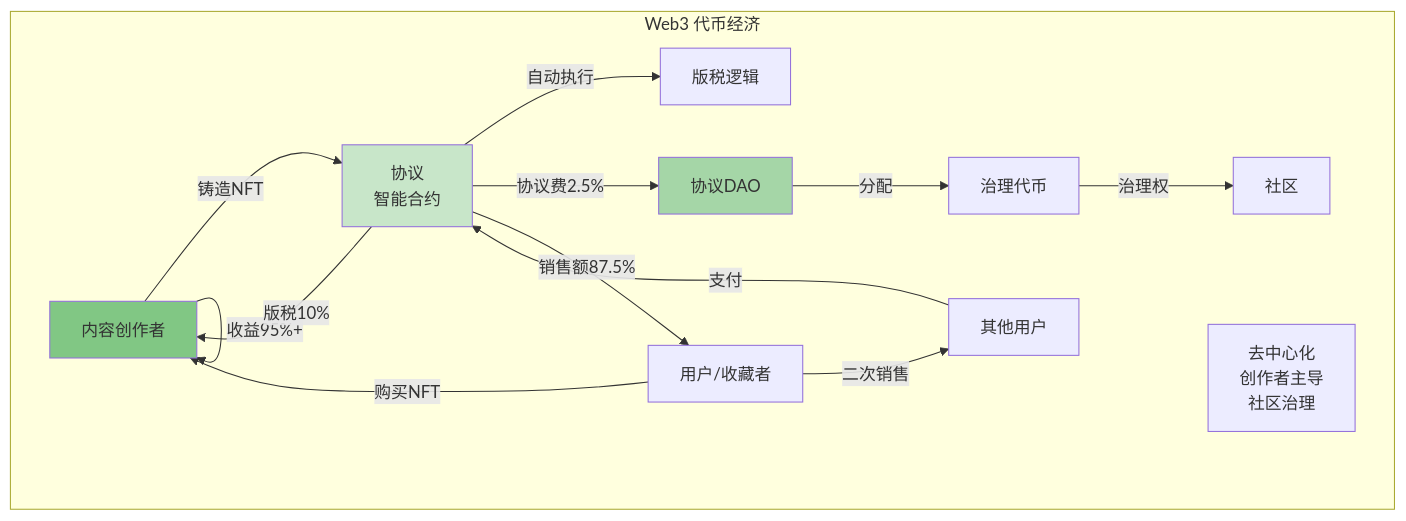
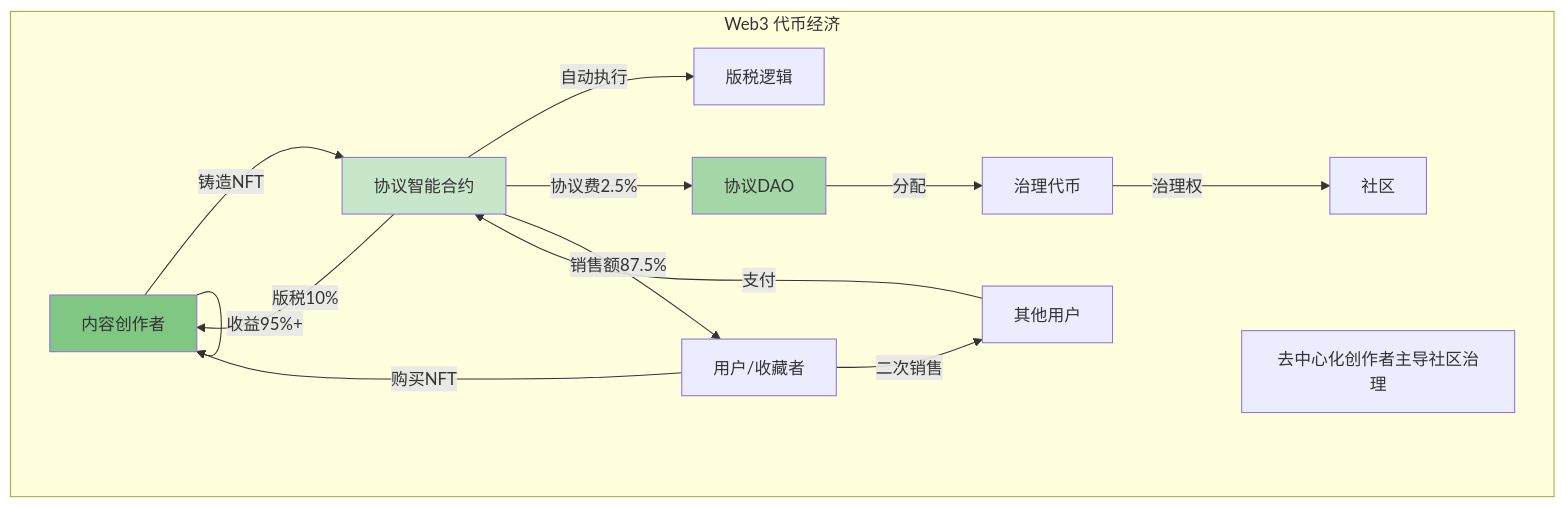
Before and after one commit to liuxing95/blog: diagram 13 of 29 in src/content/posts/web3/web2-vs-web3.md, drawn with Mermaid. The commit also changed other lines of this file and 3 other files, not shown here.

````diff
--- a/src/content/posts/web3/web2-vs-web3.md
+++ b/src/content/posts/web3/web2-vs-web3.md
@@ -613,30 +605,30 @@
 ```mermaid
 graph TB
     subgraph "Web3 代币经济"
         Creator[内容创作者]
-        Protocol[协议<br/>智能合约]
+        Protocol[协议智能合约]
         User[用户/收藏者]
 
         Creator -->|铸造NFT| Protocol
         Protocol -->|自动执行| RoyaltyLogic[版税逻辑]
 
         User -->|购买NFT| Creator
         Creator -->|收益95%+| Creator
 
         User -->|二次销售| User2[其他用户]
         User2 -->|支付| Protocol
         Protocol -->|版税10%| Creator
         Protocol -->|协议费2.5%| DAO[协议DAO]
         Protocol -->|销售额87.5%| User
 
         Token[治理代币]
         DAO -->|分配| Token
         Token -->|治理权| Community[社区]
 
-        Note1[去中心化<br/>创作者主导<br/>社区治理]
+        Note1[去中心化创作者主导社区治理]
     end
 
     style Protocol fill:#c8e6c9
     style Creator fill:#81c784
     style DAO fill:#a5d6a7
 ```
````
